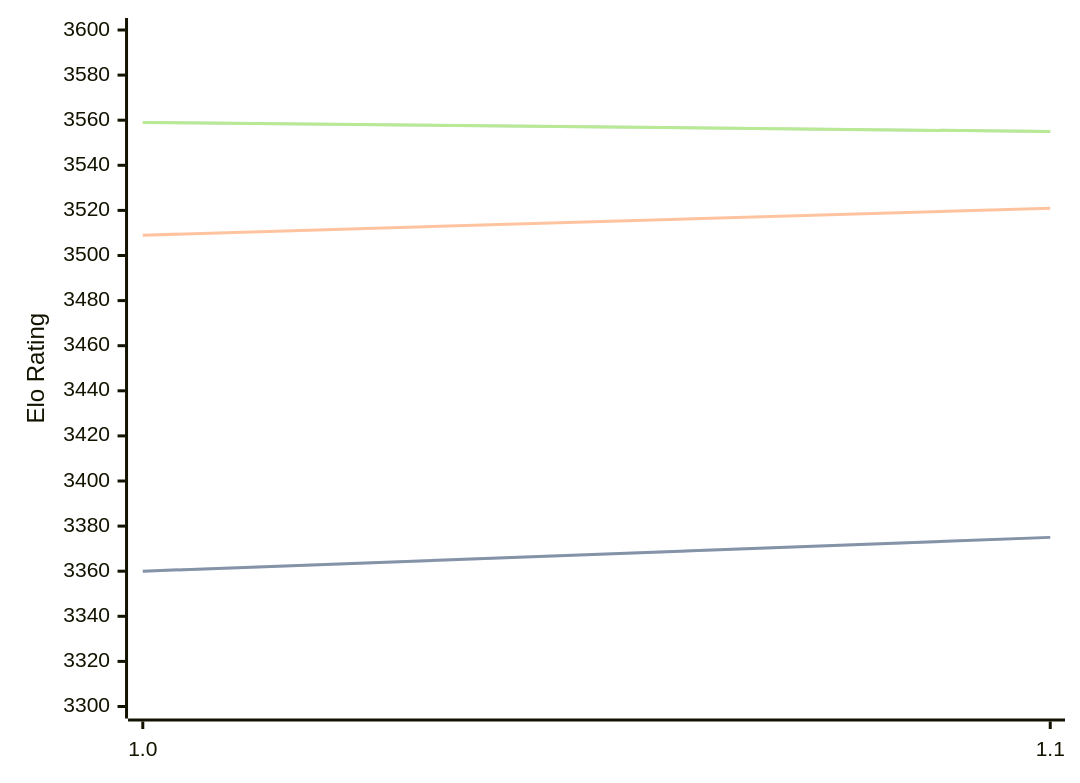
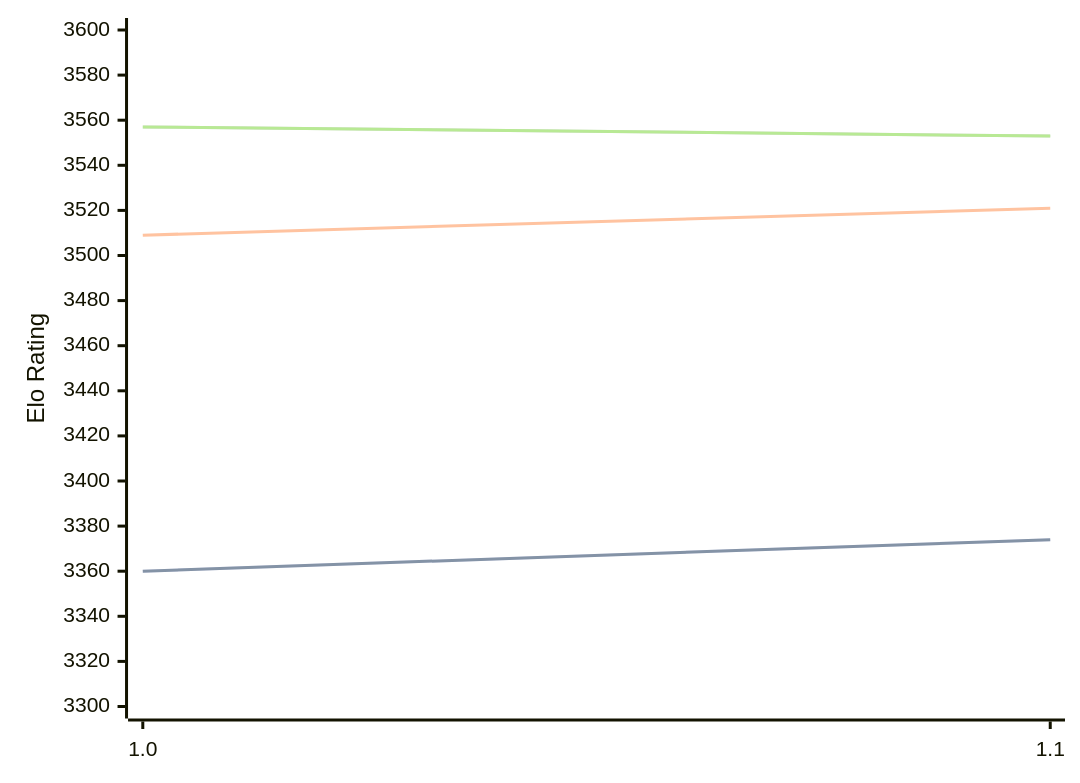
Before and after one commit to computer-chess-index/cci: the diagram in engines/Horsie.md, drawn with Mermaid. The commit also changed other lines of this file, not shown here.

Commit message:
Update CCI Ratings (ELO VLTC) - 2026-04-06

````diff
--- a/engines/Horsie.md
+++ b/engines/Horsie.md
@@ -32,11 +32,11 @@
 ```mermaid
 %%{init: {"theme":"base","themeVariables":{"seriesColors:['#a3a3a3','#222221','#faa371']}}}%%
 xychart-beta
   x-axis ["1.0", "1.1"]
   y-axis "Elo Rating" 3300 --> 3600
-  line "STC (8.0+0.08s)" [3360, 3375]
-  line "STC (8.0+0.08s)" [3360, 3375]
+  line "STC (8.0+0.08s)" [3360, 3374]
+  line "STC (8.0+0.08s)" [3360, 3374]
   line "LTC (60.0+0.60s)" [3509, 3521]
-  line "VLTC (2m24s+1.12s)" [3559, 3555]
-  line "VLTC (2m24s+1.12s)" [3559, 3555]
+  line "VLTC (2m24s+1.12s)" [3557, 3553]
+  line "VLTC (2m24s+1.12s)" [3557, 3553]
 ```
````
